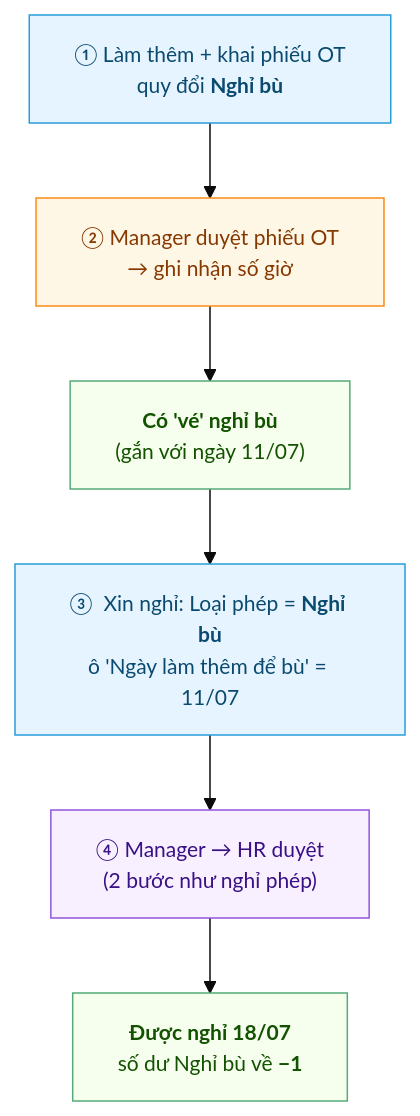
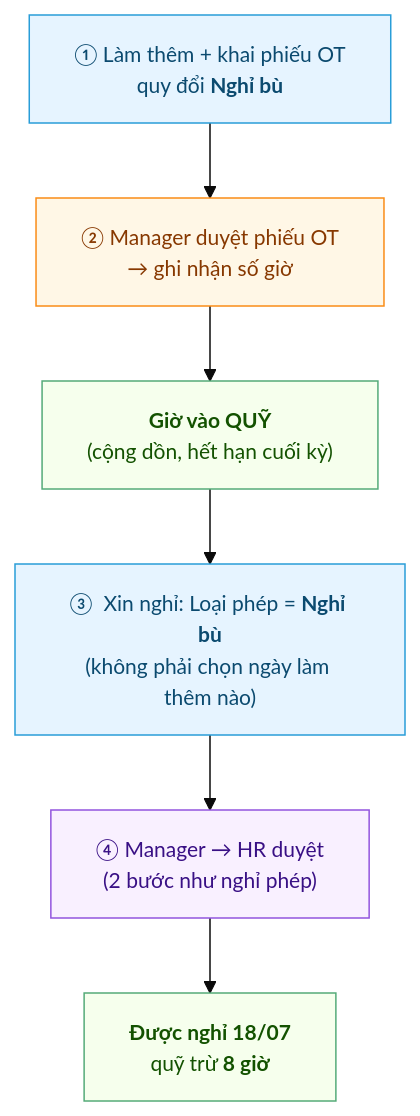
The diagram in users/Hanh-Trinh-Nghi-Bu.md (CobeGroup/cobe_erp_documents), drawn with Mermaid before and after one commit. The commit also changed other lines of this file and 7 other files, not shown here.

````diff
--- a/users/Hanh-Trinh-Nghi-Bu.md
+++ b/users/Hanh-Trinh-Nghi-Bu.md
@@ -34,15 +40,15 @@
 ```mermaid
 %%{init:{'theme':'base','themeVariables':{'fontSize':'14px'}}}%%
 flowchart TB
   classDef nv fill:#e6f4ff,stroke:#299dd8,color:#0b4a6f;
   classDef mg fill:#fff7e6,stroke:#fa8c16,color:#873800;
   classDef hr fill:#f9f0ff,stroke:#9254de,color:#391085;
   classDef ok fill:#f6ffed,stroke:#54ab78,color:#135200;
   A["①  Làm thêm + khai phiếu OT<br/>quy đổi <b>Nghỉ bù</b>"]:::nv
   B["②  Manager duyệt phiếu OT<br/>→ ghi nhận số giờ"]:::mg
-  C["<b>Có 'vé' nghỉ bù</b><br/>(gắn với ngày 11/07)"]:::ok
-  D["③  Xin nghỉ: Loại phép = <b>Nghỉ bù</b><br/>ô 'Ngày làm thêm để bù' = 11/07"]:::nv
+  C["<b>Giờ vào QUỸ</b><br/>(cộng dồn, hết hạn cuối kỳ)"]:::ok
+  D["③  Xin nghỉ: Loại phép = <b>Nghỉ bù</b><br/>(không phải chọn ngày làm thêm nào)"]:::nv
   E["④  Manager → HR duyệt<br/>(2 bước như nghỉ phép)"]:::hr
-  F["<b>Được nghỉ 18/07</b><br/>số dư Nghỉ bù về <b>−1</b>"]:::ok
+  F["<b>Được nghỉ 18/07</b><br/>quỹ trừ <b>8 giờ</b>"]:::ok
   A --> B --> C --> D --> E --> F
 ```
````
